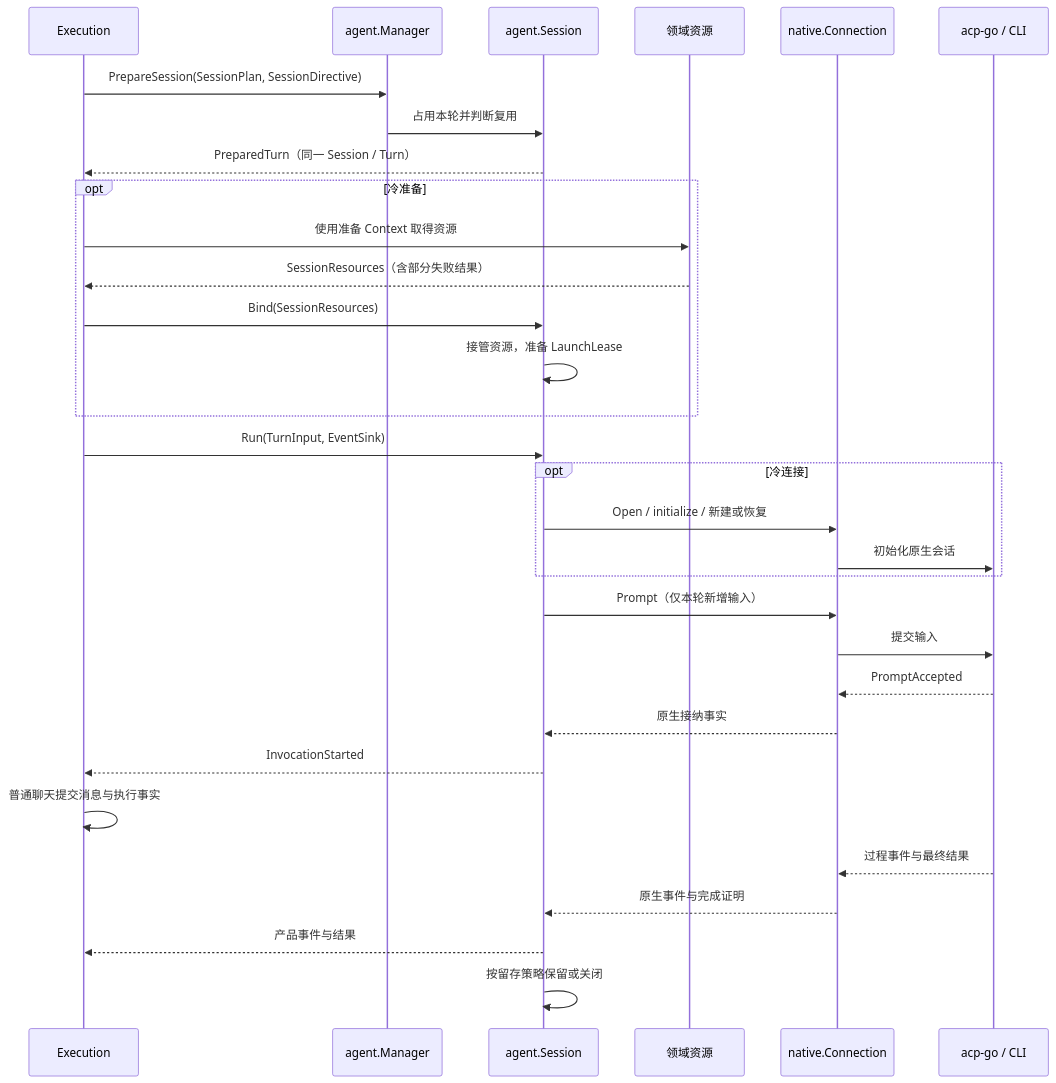
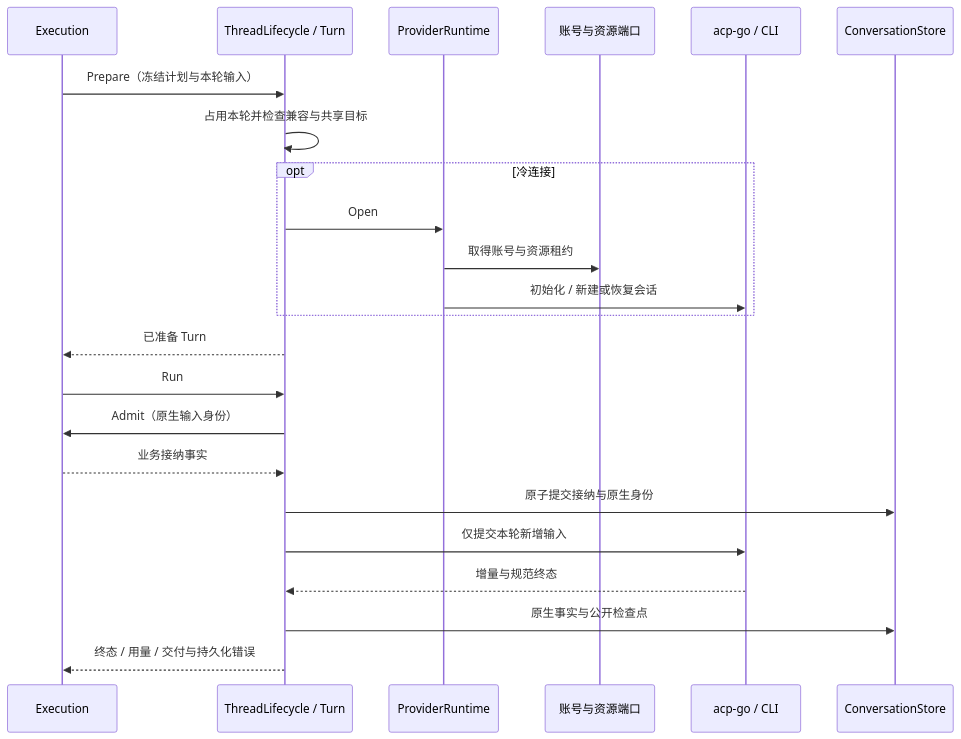
One commit to JieWaZi/NeuxBot changed the first of 2 diagrams in docs/architecture/chat-and-execution-cn.md. Above: the diagram before and after it, drawn with Mermaid. The commit also changed other lines of this file and 303 other files, not shown here.

````diff
--- a/docs/architecture/chat-and-execution-cn.md
+++ b/docs/architecture/chat-and-execution-cn.md
@@ -37,33 +35,25 @@
 ```mermaid
 sequenceDiagram
-  participant Execution as Execution
-  participant Manager as agent.Manager
-  participant Session as agent.Session
-  participant Resources as 领域资源
-  participant Connection as native.Connection
+  participant Execution
+  participant Thread as ThreadLifecycle / Turn
+  participant Provider as ProviderRuntime
+  participant Resources as 账号与资源端口
   participant CLI as acp-go / CLI
-  Execution->>Manager: PrepareSession(SessionPlan, SessionDirective)
-  Manager->>Session: 占用本轮并判断复用
-  Session-->>Execution: PreparedTurn（同一 Session / Turn）
-  opt 冷准备
-    Execution->>Resources: 使用准备 Context 取得资源
-    Resources-->>Execution: SessionResources（含部分失败结果）
-    Execution->>Session: Bind(SessionResources)
-    Session->>Session: 接管资源，准备 LaunchLease
+  participant Store as ConversationStore
+  Execution->>Thread: Prepare（冻结计划与本轮输入）
+  Thread->>Thread: 占用本轮并检查兼容与共享目标
+  opt 冷连接
+    Thread->>Provider: Open
+    Provider->>Resources: 取得账号与资源租约
+    Provider->>CLI: 初始化 / 新建或恢复会话
   end
-  Execution->>Session: Run(TurnInput, EventSink)
-  opt 冷连接
-    Session->>Connection: Open / initialize / 新建或恢复
-    Connection->>CLI: 初始化原生会话
-  end
-  Session->>Connection: Prompt（仅本轮新增输入）
-  Connection->>CLI: 提交输入
-  CLI-->>Connection: PromptAccepted
-  Connection-->>Session: 原生接纳事实
-  Session-->>Execution: InvocationStarted
-  Execution->>Execution: 普通聊天提交消息与执行事实
-  CLI-->>Connection: 过程事件与最终结果
-  Connection-->>Session: 原生事件与完成证明
-  Session-->>Execution: 产品事件与结果
-  Session->>Session: 按留存策略保留或关闭
+  Thread-->>Execution: 已准备 Turn
+  Execution->>Thread: Run
+  Thread->>Execution: Admit（原生输入身份）
+  Execution-->>Thread: 业务接纳事实
+  Thread->>Store: 原子提交接纳与原生身份
+  Thread->>CLI: 仅提交本轮新增输入
+  CLI-->>Thread: 增量与规范终态
+  Thread->>Store: 原生事实与公开检查点
+  Thread-->>Execution: 终态 / 用量 / 交付与持久化错误
 ```
````
